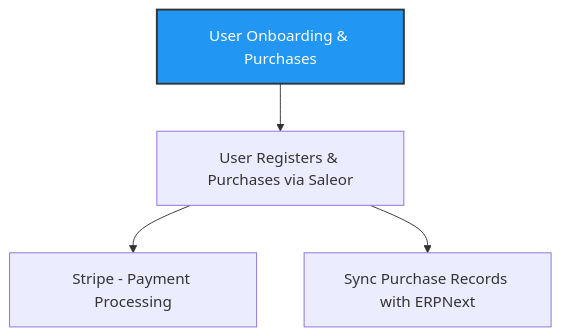
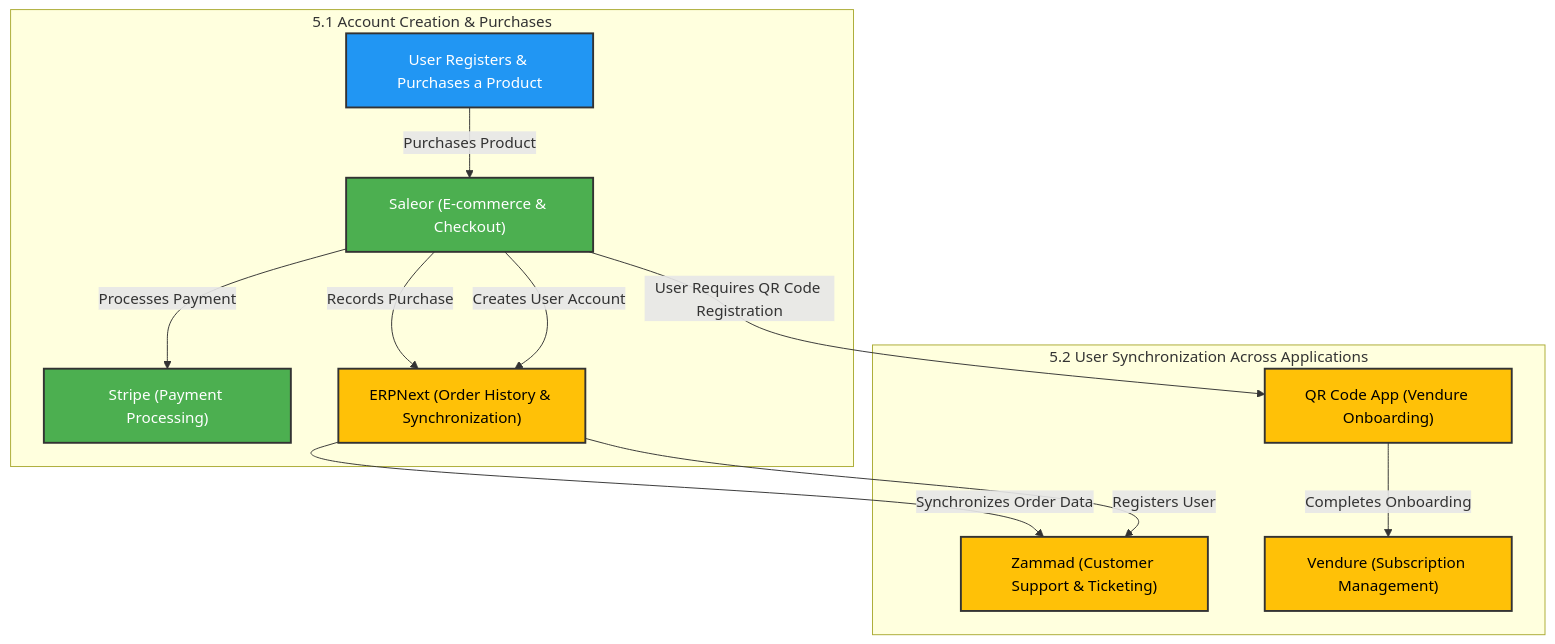
One commit to LuigiClemente/workflow changed the fifth of 10 diagrams in README.md. Above: the diagram before and after it, drawn with Mermaid. The commit also changed other lines of this file, not shown here.

````diff
--- a/README.md
+++ b/README.md
@@ -141,14 +240,33 @@
 ```mermaid
 flowchart TD
     %% Define Colors
-    classDef processStyle fill:#2196F3,stroke:#333,stroke-width:2px,color:#fff;
+    classDef purchaseStyle fill:#4CAF50,stroke:#333,stroke-width:2px,color:#fff;
+    classDef syncStyle fill:#FFC107,stroke:#333,stroke-width:2px,color:#000;
+    classDef userStyle fill:#2196F3,stroke:#333,stroke-width:2px,color:#fff;
 
-    %% User Onboarding
-    onboarding["User Onboarding & Purchases"]
-    class onboarding processStyle
+    %% Account Creation & Purchases
+    subgraph Account_Creation["5.1 Account Creation & Purchases"]
+        User["User Registers & Purchases a Product"]:::userStyle
+        Saleor["Saleor (E-commerce & Checkout)"]:::purchaseStyle
+        Stripe["Stripe (Payment Processing)"]:::purchaseStyle
+        ERPNext["ERPNext (Order History & Synchronization)"]:::syncStyle
+    end
 
-    onboarding --> createAccount["User Registers & Purchases via Saleor"]
-    createAccount --> stripePayments["Stripe - Payment Processing"]
-    createAccount --> syncERPNext["Sync Purchase Records with ERPNext"]
+    %% User Synchronization
+    subgraph User_Synchronization["5.2 User Synchronization Across Applications"]
+        Zammad["Zammad (Customer Support & Ticketing)"]:::syncStyle
+        QRCodeApp["QR Code App (Vendure Onboarding)"]:::syncStyle
+        Vendure["Vendure (Subscription Management)"]:::syncStyle
+    end
+
+    %% Connections
+    User -->|Purchases Product| Saleor
+    Saleor -->|Processes Payment| Stripe
+    Saleor -->|Records Purchase| ERPNext
+    ERPNext -->|Synchronizes Order Data| Zammad
+    Saleor -->|Creates User Account| ERPNext
+    ERPNext -->|Registers User| Zammad
+    Saleor -->|User Requires QR Code Registration| QRCodeApp
+    QRCodeApp -->|Completes Onboarding| Vendure
 
 ```
````
